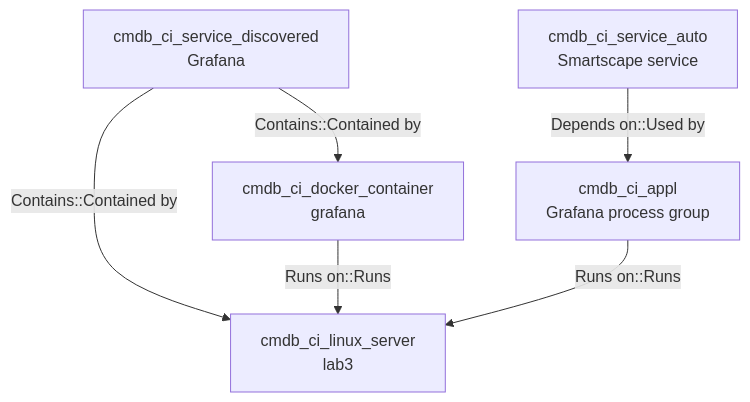
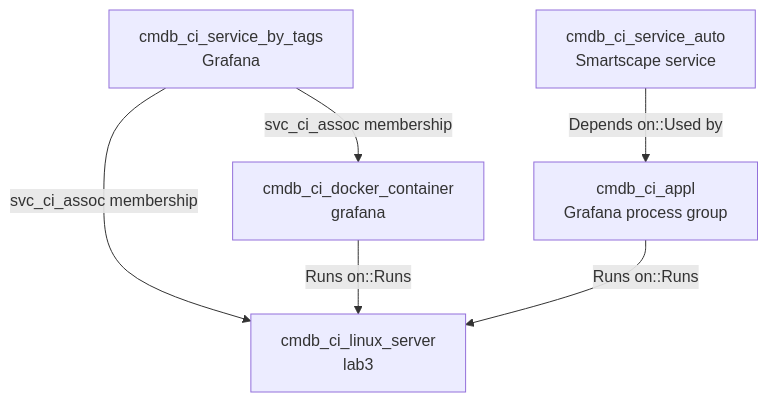
Before and after one commit to gxbrooks/spark-observability: the diagram in servicenow/docs/Log_to_Incident/docker_model.md, drawn with Mermaid. The commit also changed other lines of this file and 63 other files, not shown here.

First line of the commit message:
Align ServiceNow service instances on a single display-name tag and svc_ci_assoc.

````diff
--- a/servicenow/docs/Log_to_Incident/docker_model.md
+++ b/servicenow/docs/Log_to_Incident/docker_model.md
@@ -7,21 +7,21 @@
 ```mermaid
 flowchart TB
-  AS["cmdb_ci_service_discovered<br/>Grafana"]
+  AS["cmdb_ci_service_by_tags<br/>Grafana"]
 
   CTR["cmdb_ci_docker_container<br/>grafana"]
 
   HOST["cmdb_ci_linux_server<br/>lab3"]
 
   PG["cmdb_ci_appl<br/>Grafana process group"]
 
   SVC["cmdb_ci_service_auto<br/>Smartscape service"]
 
-  AS -->|"Contains::Contained by"| CTR
-  AS -->|"Contains::Contained by"| HOST
+  AS -->|"svc_ci_assoc membership"| CTR
+  AS -->|"svc_ci_assoc membership"| HOST
 
   CTR -->|"Runs on::Runs"| HOST
 
   PG -->|"Runs on::Runs"| HOST
 
   SVC -->|"Depends on::Used by"| PG
 ```
````
